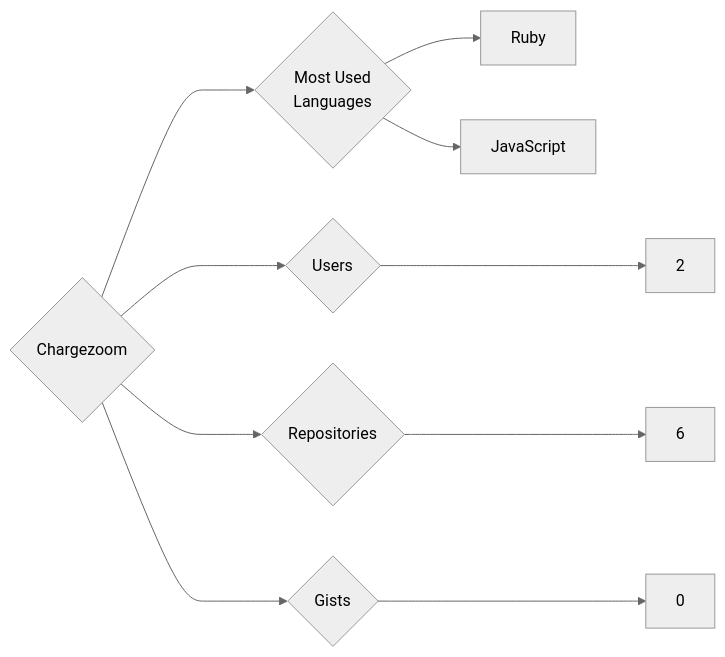
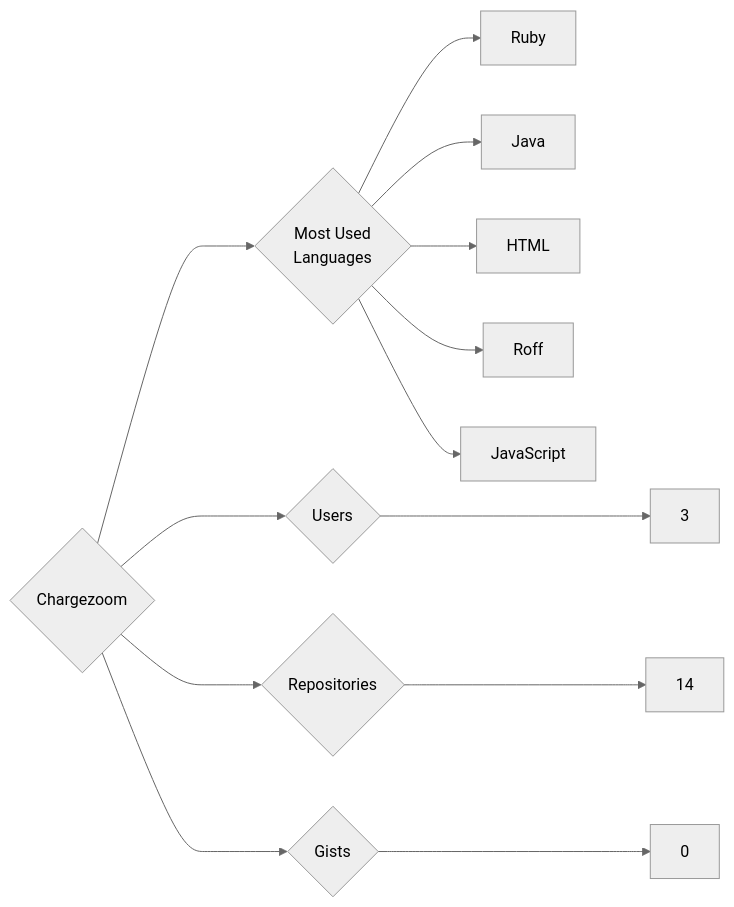
Before and after one commit to trickest/insiders: the diagram in targets/Chargezoom/README.md, drawn with Mermaid (neutral theme). The commit also changed 440 other files, not shown here.

````diff
--- a/targets/Chargezoom/README.md
+++ b/targets/Chargezoom/README.md
@@ -3,10 +3,13 @@
 ```mermaid
 graph LR
 COMPANY_NAME{Chargezoom}
-COMPANY_NAME ---> U{Users} ---> UN[2]
-COMPANY_NAME ---> R{Repositories} ---> RN[6]
+COMPANY_NAME ---> U{Users} ---> UN[3]
+COMPANY_NAME ---> R{Repositories} ---> RN[14]
 COMPANY_NAME ---> G{Gists} ---> GN[0]
 COMPANY_NAME ---> ML{Most Used<br>Languages}
 ML --> Ruby[Ruby]
+ML --> Java[Java]
+ML --> HTML[HTML]
+ML --> Roff[Roff]
 ML --> JavaScript[JavaScript]
 ```
````
